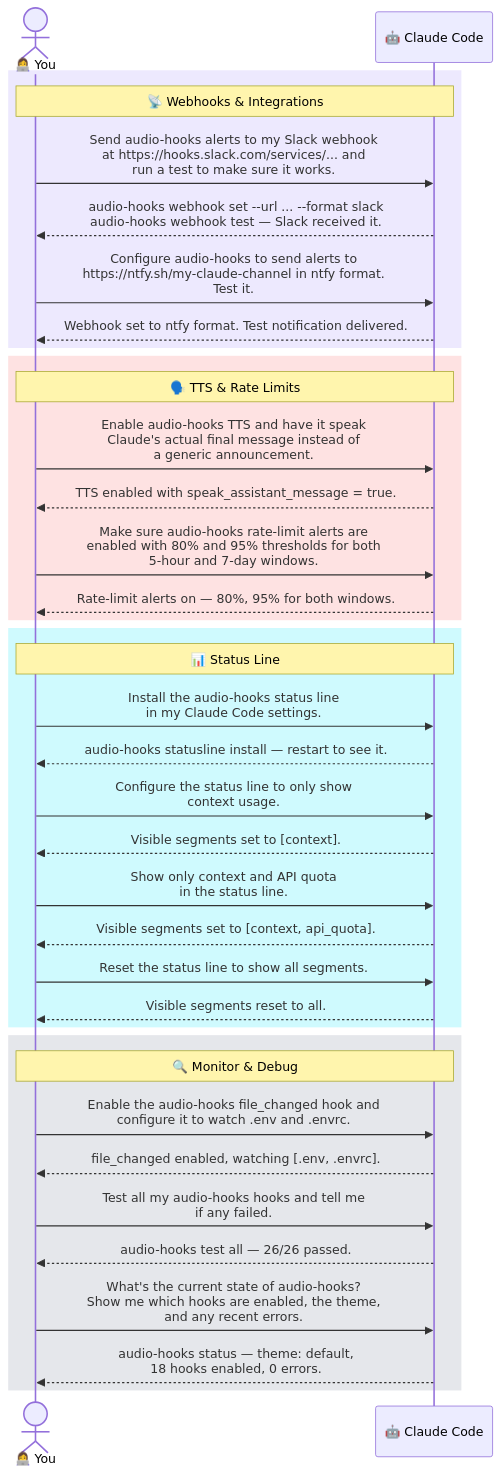
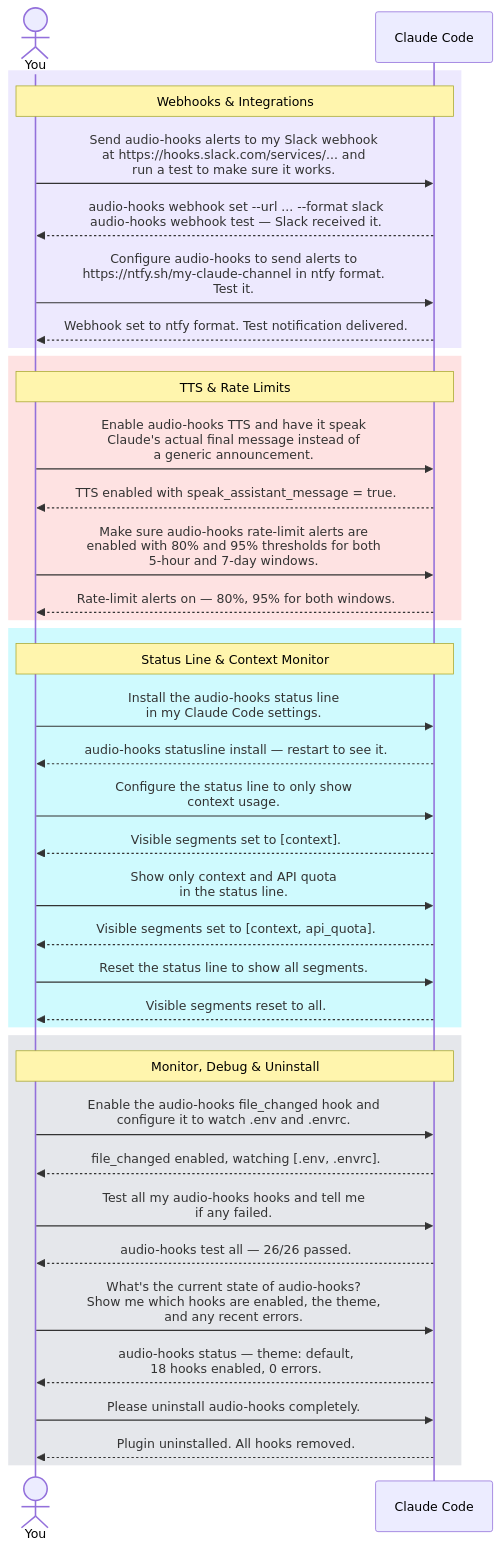
One commit to tozaki1545atebau/claude-code-audio-hooks changed the third of 7 diagrams in README.md. Above: the diagram before and after it, drawn with Mermaid. The commit also changed other lines of this file, not shown here.

````diff
--- a/README.md
+++ b/README.md
@@ -220,43 +215,45 @@
 ```mermaid
 sequenceDiagram
-    actor You as 👩‍💻 You
-    participant CC as 🤖 Claude Code
+    actor You as You
+    participant CC as Claude Code
 
     rect rgb(237, 233, 254)
-    Note over You,CC: 📡 Webhooks & Integrations
+    Note over You,CC: Webhooks & Integrations
     You->>CC: Send audio-hooks alerts to my Slack webhook<br/>at https://hooks.slack.com/services/... and<br/>run a test to make sure it works.
     CC-->>You: audio-hooks webhook set --url ... --format slack<br/>audio-hooks webhook test — Slack received it.
     You->>CC: Configure audio-hooks to send alerts to<br/>https://ntfy.sh/my-claude-channel in ntfy format.<br/>Test it.
     CC-->>You: Webhook set to ntfy format. Test notification delivered.
     end
 
     rect rgb(254, 226, 226)
-    Note over You,CC: 🗣️ TTS & Rate Limits
+    Note over You,CC: TTS & Rate Limits
     You->>CC: Enable audio-hooks TTS and have it speak<br/>Claude's actual final message instead of<br/>a generic announcement.
     CC-->>You: TTS enabled with speak_assistant_message = true.
     You->>CC: Make sure audio-hooks rate-limit alerts are<br/>enabled with 80% and 95% thresholds for both<br/>5-hour and 7-day windows.
     CC-->>You: Rate-limit alerts on — 80%, 95% for both windows.
     end
 
     rect rgb(207, 250, 254)
-    Note over You,CC: 📊 Status Line
+    Note over You,CC: Status Line & Context Monitor
     You->>CC: Install the audio-hooks status line<br/>in my Claude Code settings.
     CC-->>You: audio-hooks statusline install — restart to see it.
     You->>CC: Configure the status line to only show<br/>context usage.
     CC-->>You: Visible segments set to [context].
     You->>CC: Show only context and API quota<br/>in the status line.
     CC-->>You: Visible segments set to [context, api_quota].
     You->>CC: Reset the status line to show all segments.
     CC-->>You: Visible segments reset to all.
     end
 
     rect rgb(229, 231, 235)
-    Note over You,CC: 🔍 Monitor & Debug
+    Note over You,CC: Monitor, Debug & Uninstall
     You->>CC: Enable the audio-hooks file_changed hook and<br/>configure it to watch .env and .envrc.
     CC-->>You: file_changed enabled, watching [.env, .envrc].
     You->>CC: Test all my audio-hooks hooks and tell me<br/>if any failed.
     CC-->>You: audio-hooks test all — 26/26 passed.
     You->>CC: What's the current state of audio-hooks?<br/>Show me which hooks are enabled, the theme,<br/>and any recent errors.
     CC-->>You: audio-hooks status — theme: default,<br/>18 hooks enabled, 0 errors.
+    You->>CC: Please uninstall audio-hooks completely.
+    CC-->>You: Plugin uninstalled. All hooks removed.
     end
 ```
````
